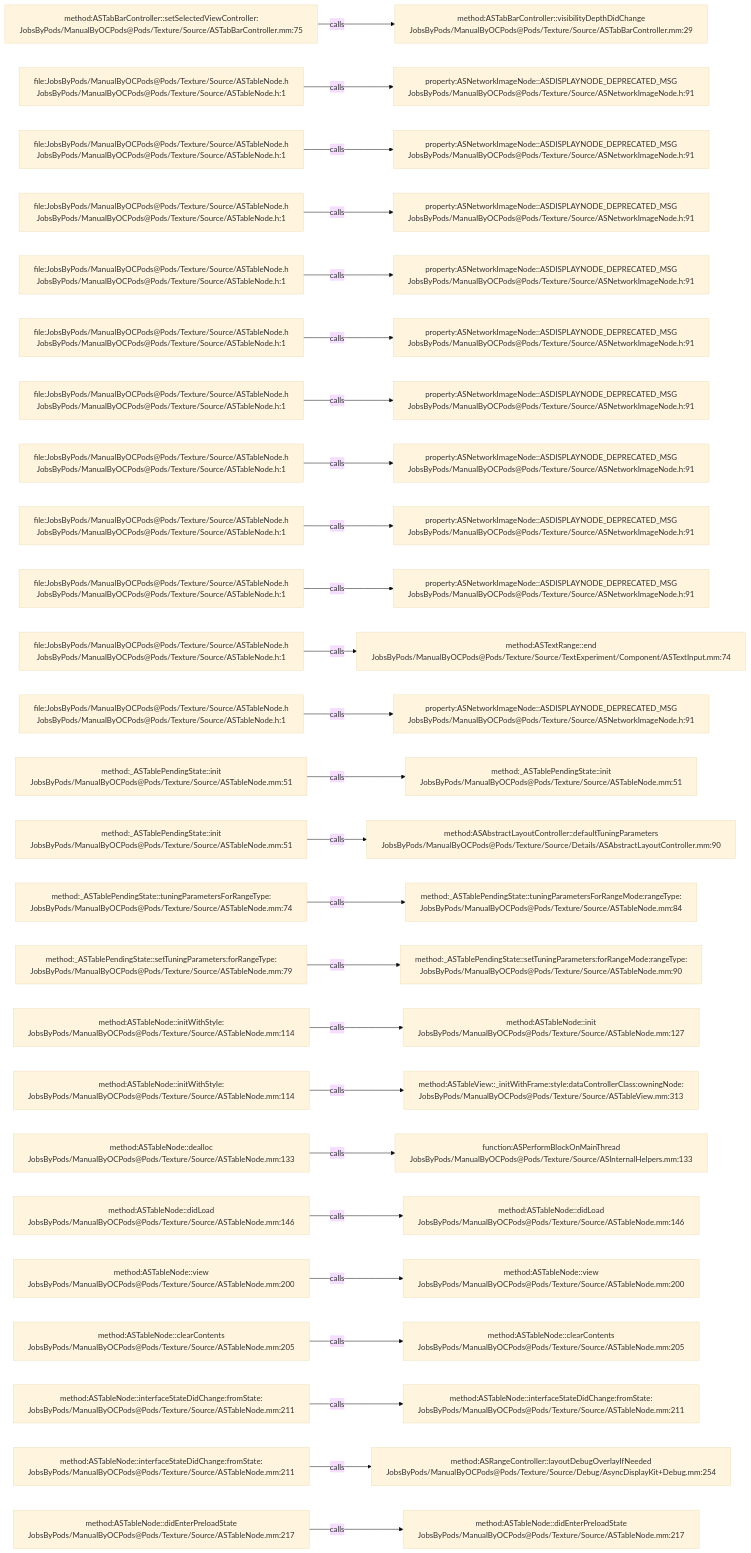
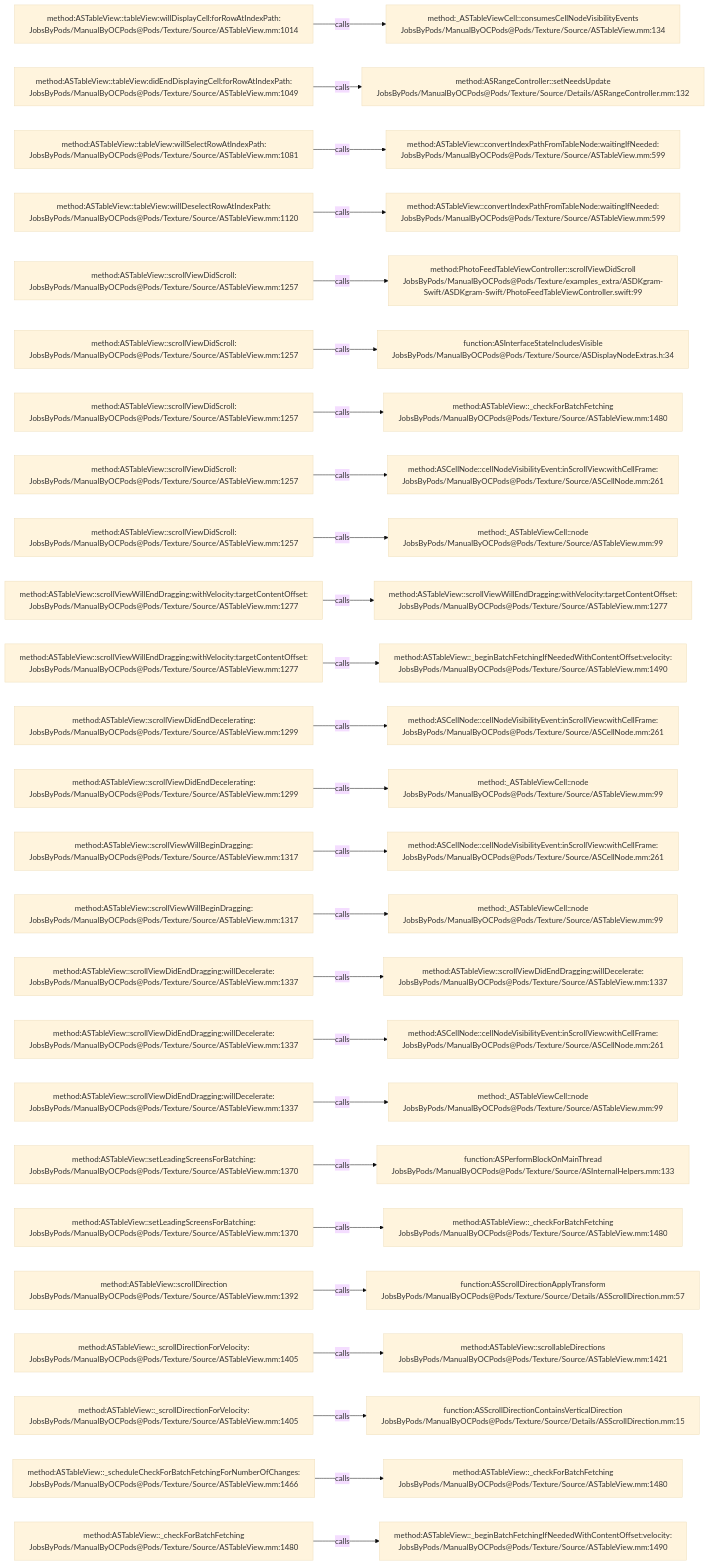
One commit to JobsKits/JobsOCBaseConfigDemo changed the diagram in .codegraph/codegraph.md/graphs/calls-114.md. Above: the diagram before and after it, drawn with Mermaid (base theme). The commit also changed 2723 other files, not shown here.

````diff
--- a/.codegraph/codegraph.md/graphs/calls-114.md
+++ b/.codegraph/codegraph.md/graphs/calls-114.md
@@ -13,78 +13,78 @@
 ```mermaid
 flowchart LR
-  S1["method:ASTabBarController::setSelectedViewController:<br/>JobsByPods/ManualByOCPods@Pods/Texture/Source/ASTabBarController.mm:75"]
-  T1["method:ASTabBarController::visibilityDepthDidChange<br/>JobsByPods/ManualByOCPods@Pods/Texture/Source/ASTabBarController.mm:29"]
+  S1["method:ASTableView::tableView:willDisplayCell:forRowAtIndexPath:<br/>JobsByPods/ManualByOCPods@Pods/Texture/Source/ASTableView.mm:1014"]
+  T1["method:_ASTableViewCell::consumesCellNodeVisibilityEvents<br/>JobsByPods/ManualByOCPods@Pods/Texture/Source/ASTableView.mm:134"]
   S1 -->|calls| T1
-  S2["file:JobsByPods/ManualByOCPods@Pods/Texture/Source/ASTableNode.h<br/>JobsByPods/ManualByOCPods@Pods/Texture/Source/ASTableNode.h:1"]
-  T2["property:ASNetworkImageNode::ASDISPLAYNODE_DEPRECATED_MSG<br/>JobsByPods/ManualByOCPods@Pods/Texture/Source/ASNetworkImageNode.h:91"]
+  S2["method:ASTableView::tableView:didEndDisplayingCell:forRowAtIndexPath:<br/>JobsByPods/ManualByOCPods@Pods/Texture/Source/ASTableView.mm:1049"]
+  T2["method:ASRangeController::setNeedsUpdate<br/>JobsByPods/ManualByOCPods@Pods/Texture/Source/Details/ASRangeController.mm:132"]
   S2 -->|calls| T2
-  S3["file:JobsByPods/ManualByOCPods@Pods/Texture/Source/ASTableNode.h<br/>JobsByPods/ManualByOCPods@Pods/Texture/Source/ASTableNode.h:1"]
-  T3["property:ASNetworkImageNode::ASDISPLAYNODE_DEPRECATED_MSG<br/>JobsByPods/ManualByOCPods@Pods/Texture/Source/ASNetworkImageNode.h:91"]
+  S3["method:ASTableView::tableView:willSelectRowAtIndexPath:<br/>JobsByPods/ManualByOCPods@Pods/Texture/Source/ASTableView.mm:1081"]
+  T3["method:ASTableView::convertIndexPathFromTableNode:waitingIfNeeded:<br/>JobsByPods/ManualByOCPods@Pods/Texture/Source/ASTableView.mm:599"]
   S3 -->|calls| T3
-  S4["file:JobsByPods/ManualByOCPods@Pods/Texture/Source/ASTableNode.h<br/>JobsByPods/ManualByOCPods@Pods/Texture/Source/ASTableNode.h:1"]
-  T4["property:ASNetworkImageNode::ASDISPLAYNODE_DEPRECATED_MSG<br/>JobsByPods/ManualByOCPods@Pods/Texture/Source/ASNetworkImageNode.h:91"]
+  S4["method:ASTableView::tableView:willDeselectRowAtIndexPath:<br/>JobsByPods/ManualByOCPods@Pods/Texture/Source/ASTableView.mm:1120"]
+  T4["method:ASTableView::convertIndexPathFromTableNode:waitingIfNeeded:<br/>JobsByPods/ManualByOCPods@Pods/Texture/Source/ASTableView.mm:599"]
   S4 -->|calls| T4
-  S5["file:JobsByPods/ManualByOCPods@Pods/Texture/Source/ASTableNode.h<br/>JobsByPods/ManualByOCPods@Pods/Texture/Source/ASTableNode.h:1"]
-  T5["property:ASNetworkImageNode::ASDISPLAYNODE_DEPRECATED_MSG<br/>JobsByPods/ManualByOCPods@Pods/Texture/Source/ASNetworkImageNode.h:91"]
+  S5["method:ASTableView::scrollViewDidScroll:<br/>JobsByPods/ManualByOCPods@Pods/Texture/Source/ASTableView.mm:1257"]
+  T5["method:PhotoFeedTableViewController::scrollViewDidScroll<br/>JobsByPods/ManualByOCPods@Pods/Texture/examples_extra/ASDKgram-Swift/ASDKgram-Swift/PhotoFeedTableViewController.swift:99"]
   S5 -->|calls| T5
-  S6["file:JobsByPods/ManualByOCPods@Pods/Texture/Source/ASTableNode.h<br/>JobsByPods/ManualByOCPods@Pods/Texture/Source/ASTableNode.h:1"]
-  T6["property:ASNetworkImageNode::ASDISPLAYNODE_DEPRECATED_MSG<br/>JobsByPods/ManualByOCPods@Pods/Texture/Source/ASNetworkImageNode.h:91"]
+  S6["method:ASTableView::scrollViewDidScroll:<br/>JobsByPods/ManualByOCPods@Pods/Texture/Source/ASTableView.mm:1257"]
+  T6["function:ASInterfaceStateIncludesVisible<br/>JobsByPods/ManualByOCPods@Pods/Texture/Source/ASDisplayNodeExtras.h:34"]
   S6 -->|calls| T6
-  S7["file:JobsByPods/ManualByOCPods@Pods/Texture/Source/ASTableNode.h<br/>JobsByPods/ManualByOCPods@Pods/Texture/Source/ASTableNode.h:1"]
-  T7["property:ASNetworkImageNode::ASDISPLAYNODE_DEPRECATED_MSG<br/>JobsByPods/ManualByOCPods@Pods/Texture/Source/ASNetworkImageNode.h:91"]
+  S7["method:ASTableView::scrollViewDidScroll:<br/>JobsByPods/ManualByOCPods@Pods/Texture/Source/ASTableView.mm:1257"]
+  T7["method:ASTableView::_checkForBatchFetching<br/>JobsByPods/ManualByOCPods@Pods/Texture/Source/ASTableView.mm:1480"]
   S7 -->|calls| T7
-  S8["file:JobsByPods/ManualByOCPods@Pods/Texture/Source/ASTableNode.h<br/>JobsByPods/ManualByOCPods@Pods/Texture/Source/ASTableNode.h:1"]
-  T8["property:ASNetworkImageNode::ASDISPLAYNODE_DEPRECATED_MSG<br/>JobsByPods/ManualByOCPods@Pods/Texture/Source/ASNetworkImageNode.h:91"]
+  S8["method:ASTableView::scrollViewDidScroll:<br/>JobsByPods/ManualByOCPods@Pods/Texture/Source/ASTableView.mm:1257"]
+  T8["method:ASCellNode::cellNodeVisibilityEvent:inScrollView:withCellFrame:<br/>JobsByPods/ManualByOCPods@Pods/Texture/Source/ASCellNode.mm:261"]
   S8 -->|calls| T8
-  S9["file:JobsByPods/ManualByOCPods@Pods/Texture/Source/ASTableNode.h<br/>JobsByPods/ManualByOCPods@Pods/Texture/Source/ASTableNode.h:1"]
-  T9["property:ASNetworkImageNode::ASDISPLAYNODE_DEPRECATED_MSG<br/>JobsByPods/ManualByOCPods@Pods/Texture/Source/ASNetworkImageNode.h:91"]
+  S9["method:ASTableView::scrollViewDidScroll:<br/>JobsByPods/ManualByOCPods@Pods/Texture/Source/ASTableView.mm:1257"]
+  T9["method:_ASTableViewCell::node<br/>JobsByPods/ManualByOCPods@Pods/Texture/Source/ASTableView.mm:99"]
   S9 -->|calls| T9
-  S10["file:JobsByPods/ManualByOCPods@Pods/Texture/Source/ASTableNode.h<br/>JobsByPods/ManualByOCPods@Pods/Texture/Source/ASTableNode.h:1"]
-  T10["property:ASNetworkImageNode::ASDISPLAYNODE_DEPRECATED_MSG<br/>JobsByPods/ManualByOCPods@Pods/Texture/Source/ASNetworkImageNode.h:91"]
+  S10["method:ASTableView::scrollViewWillEndDragging:withVelocity:targetContentOffset:<br/>JobsByPods/ManualByOCPods@Pods/Texture/Source/ASTableView.mm:1277"]
+  T10["method:ASTableView::scrollViewWillEndDragging:withVelocity:targetContentOffset:<br/>JobsByPods/ManualByOCPods@Pods/Texture/Source/ASTableView.mm:1277"]
   S10 -->|calls| T10
-  S11["file:JobsByPods/ManualByOCPods@Pods/Texture/Source/ASTableNode.h<br/>JobsByPods/ManualByOCPods@Pods/Texture/Source/ASTableNode.h:1"]
-  T11["method:ASTextRange::end<br/>JobsByPods/ManualByOCPods@Pods/Texture/Source/TextExperiment/Component/ASTextInput.mm:74"]
+  S11["method:ASTableView::scrollViewWillEndDragging:withVelocity:targetContentOffset:<br/>JobsByPods/ManualByOCPods@Pods/Texture/Source/ASTableView.mm:1277"]
+  T11["method:ASTableView::_beginBatchFetchingIfNeededWithContentOffset:velocity:<br/>JobsByPods/ManualByOCPods@Pods/Texture/Source/ASTableView.mm:1490"]
   S11 -->|calls| T11
-  S12["file:JobsByPods/ManualByOCPods@Pods/Texture/Source/ASTableNode.h<br/>JobsByPods/ManualByOCPods@Pods/Texture/Source/ASTableNode.h:1"]
-  T12["property:ASNetworkImageNode::ASDISPLAYNODE_DEPRECATED_MSG<br/>JobsByPods/ManualByOCPods@Pods/Texture/Source/ASNetworkImageNode.h:91"]
+  S12["method:ASTableView::scrollViewDidEndDecelerating:<br/>JobsByPods/ManualByOCPods@Pods/Texture/Source/ASTableView.mm:1299"]
+  T12["method:ASCellNode::cellNodeVisibilityEvent:inScrollView:withCellFrame:<br/>JobsByPods/ManualByOCPods@Pods/Texture/Source/ASCellNode.mm:261"]
   S12 -->|calls| T12
-  S13["method:_ASTablePendingState::init<br/>JobsByPods/ManualByOCPods@Pods/Texture/Source/ASTableNode.mm:51"]
-  T13["method:_ASTablePendingState::init<br/>JobsByPods/ManualByOCPods@Pods/Texture/Source/ASTableNode.mm:51"]
+  S13["method:ASTableView::scrollViewDidEndDecelerating:<br/>JobsByPods/ManualByOCPods@Pods/Texture/Source/ASTableView.mm:1299"]
+  T13["method:_ASTableViewCell::node<br/>JobsByPods/ManualByOCPods@Pods/Texture/Source/ASTableView.mm:99"]
   S13 -->|calls| T13
-  S14["method:_ASTablePendingState::init<br/>JobsByPods/ManualByOCPods@Pods/Texture/Source/ASTableNode.mm:51"]
-  T14["method:ASAbstractLayoutController::defaultTuningParameters<br/>JobsByPods/ManualByOCPods@Pods/Texture/Source/Details/ASAbstractLayoutController.mm:90"]
+  S14["method:ASTableView::scrollViewWillBeginDragging:<br/>JobsByPods/ManualByOCPods@Pods/Texture/Source/ASTableView.mm:1317"]
+  T14["method:ASCellNode::cellNodeVisibilityEvent:inScrollView:withCellFrame:<br/>JobsByPods/ManualByOCPods@Pods/Texture/Source/ASCellNode.mm:261"]
   S14 -->|calls| T14
-  S15["method:_ASTablePendingState::tuningParametersForRangeType:<br/>JobsByPods/ManualByOCPods@Pods/Texture/Source/ASTableNode.mm:74"]
-  T15["method:_ASTablePendingState::tuningParametersForRangeMode:rangeType:<br/>JobsByPods/ManualByOCPods@Pods/Texture/Source/ASTableNode.mm:84"]
+  S15["method:ASTableView::scrollViewWillBeginDragging:<br/>JobsByPods/ManualByOCPods@Pods/Texture/Source/ASTableView.mm:1317"]
+  T15["method:_ASTableViewCell::node<br/>JobsByPods/ManualByOCPods@Pods/Texture/Source/ASTableView.mm:99"]
   S15 -->|calls| T15
-  S16["method:_ASTablePendingState::setTuningParameters:forRangeType:<br/>JobsByPods/ManualByOCPods@Pods/Texture/Source/ASTableNode.mm:79"]
-  T16["method:_ASTablePendingState::setTuningParameters:forRangeMode:rangeType:<br/>JobsByPods/ManualByOCPods@Pods/Texture/Source/ASTableNode.mm:90"]
+  S16["method:ASTableView::scrollViewDidEndDragging:willDecelerate:<br/>JobsByPods/ManualByOCPods@Pods/Texture/Source/ASTableView.mm:1337"]
+  T16["method:ASTableView::scrollViewDidEndDragging:willDecelerate:<br/>JobsByPods/ManualByOCPods@Pods/Texture/Source/ASTableView.mm:1337"]
   S16 -->|calls| T16
-  S17["method:ASTableNode::initWithStyle:<br/>JobsByPods/ManualByOCPods@Pods/Texture/Source/ASTableNode.mm:114"]
-  T17["method:ASTableNode::init<br/>JobsByPods/ManualByOCPods@Pods/Texture/Source/ASTableNode.mm:127"]
+  S17["method:ASTableView::scrollViewDidEndDragging:willDecelerate:<br/>JobsByPods/ManualByOCPods@Pods/Texture/Source/ASTableView.mm:1337"]
+  T17["method:ASCellNode::cellNodeVisibilityEvent:inScrollView:withCellFrame:<br/>JobsByPods/ManualByOCPods@Pods/Texture/Source/ASCellNode.mm:261"]
   S17 -->|calls| T17
-  S18["method:ASTableNode::initWithStyle:<br/>JobsByPods/ManualByOCPods@Pods/Texture/Source/ASTableNode.mm:114"]
-  T18["method:ASTableView::_initWithFrame:style:dataControllerClass:owningNode:<br/>JobsByPods/ManualByOCPods@Pods/Texture/Source/ASTableView.mm:313"]
+  S18["method:ASTableView::scrollViewDidEndDragging:willDecelerate:<br/>JobsByPods/ManualByOCPods@Pods/Texture/Source/ASTableView.mm:1337"]
+  T18["method:_ASTableViewCell::node<br/>JobsByPods/ManualByOCPods@Pods/Texture/Source/ASTableView.mm:99"]
   S18 -->|calls| T18
-  S19["method:ASTableNode::dealloc<br/>JobsByPods/ManualByOCPods@Pods/Texture/Source/ASTableNode.mm:133"]
+  S19["method:ASTableView::setLeadingScreensForBatching:<br/>JobsByPods/ManualByOCPods@Pods/Texture/Source/ASTableView.mm:1370"]
   T19["function:ASPerformBlockOnMainThread<br/>JobsByPods/ManualByOCPods@Pods/Texture/Source/ASInternalHelpers.mm:133"]
   S19 -->|calls| T19
-  S20["method:ASTableNode::didLoad<br/>JobsByPods/ManualByOCPods@Pods/Texture/Source/ASTableNode.mm:146"]
-  T20["method:ASTableNode::didLoad<br/>JobsByPods/ManualByOCPods@Pods/Texture/Source/ASTableNode.mm:146"]
+  S20["method:ASTableView::setLeadingScreensForBatching:<br/>JobsByPods/ManualByOCPods@Pods/Texture/Source/ASTableView.mm:1370"]
+  T20["method:ASTableView::_checkForBatchFetching<br/>JobsByPods/ManualByOCPods@Pods/Texture/Source/ASTableView.mm:1480"]
   S20 -->|calls| T20
-  S21["method:ASTableNode::view<br/>JobsByPods/ManualByOCPods@Pods/Texture/Source/ASTableNode.mm:200"]
-  T21["method:ASTableNode::view<br/>JobsByPods/ManualByOCPods@Pods/Texture/Source/ASTableNode.mm:200"]
+  S21["method:ASTableView::scrollDirection<br/>JobsByPods/ManualByOCPods@Pods/Texture/Source/ASTableView.mm:1392"]
+  T21["function:ASScrollDirectionApplyTransform<br/>JobsByPods/ManualByOCPods@Pods/Texture/Source/Details/ASScrollDirection.mm:57"]
   S21 -->|calls| T21
-  S22["method:ASTableNode::clearContents<br/>JobsByPods/ManualByOCPods@Pods/Texture/Source/ASTableNode.mm:205"]
-  T22["method:ASTableNode::clearContents<br/>JobsByPods/ManualByOCPods@Pods/Texture/Source/ASTableNode.mm:205"]
+  S22["method:ASTableView::_scrollDirectionForVelocity:<br/>JobsByPods/ManualByOCPods@Pods/Texture/Source/ASTableView.mm:1405"]
+  T22["method:ASTableView::scrollableDirections<br/>JobsByPods/ManualByOCPods@Pods/Texture/Source/ASTableView.mm:1421"]
   S22 -->|calls| T22
-  S23["method:ASTableNode::interfaceStateDidChange:fromState:<br/>JobsByPods/ManualByOCPods@Pods/Texture/Source/ASTableNode.mm:211"]
-  T23["method:ASTableNode::interfaceStateDidChange:fromState:<br/>JobsByPods/ManualByOCPods@Pods/Texture/Source/ASTableNode.mm:211"]
+  S23["method:ASTableView::_scrollDirectionForVelocity:<br/>JobsByPods/ManualByOCPods@Pods/Texture/Source/ASTableView.mm:1405"]
+  T23["function:ASScrollDirectionContainsVerticalDirection<br/>JobsByPods/ManualByOCPods@Pods/Texture/Source/Details/ASScrollDirection.mm:15"]
   S23 -->|calls| T23
-  S24["method:ASTableNode::interfaceStateDidChange:fromState:<br/>JobsByPods/ManualByOCPods@Pods/Texture/Source/ASTableNode.mm:211"]
-  T24["method:ASRangeController::layoutDebugOverlayIfNeeded<br/>JobsByPods/ManualByOCPods@Pods/Texture/Source/Debug/AsyncDisplayKit+Debug.mm:254"]
+  S24["method:ASTableView::_scheduleCheckForBatchFetchingForNumberOfChanges:<br/>JobsByPods/ManualByOCPods@Pods/Texture/Source/ASTableView.mm:1466"]
+  T24["method:ASTableView::_checkForBatchFetching<br/>JobsByPods/ManualByOCPods@Pods/Texture/Source/ASTableView.mm:1480"]
   S24 -->|calls| T24
-  S25["method:ASTableNode::didEnterPreloadState<br/>JobsByPods/ManualByOCPods@Pods/Texture/Source/ASTableNode.mm:217"]
-  T25["method:ASTableNode::didEnterPreloadState<br/>JobsByPods/ManualByOCPods@Pods/Texture/Source/ASTableNode.mm:217"]
+  S25["method:ASTableView::_checkForBatchFetching<br/>JobsByPods/ManualByOCPods@Pods/Texture/Source/ASTableView.mm:1480"]
+  T25["method:ASTableView::_beginBatchFetchingIfNeededWithContentOffset:velocity:<br/>JobsByPods/ManualByOCPods@Pods/Texture/Source/ASTableView.mm:1490"]
   S25 -->|calls| T25
 ```
````
